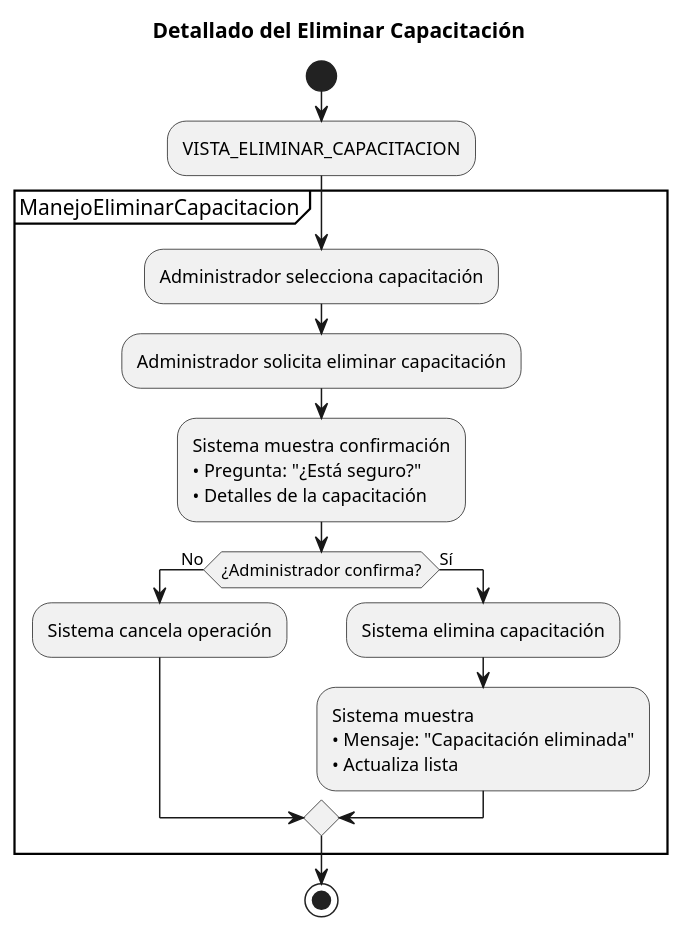
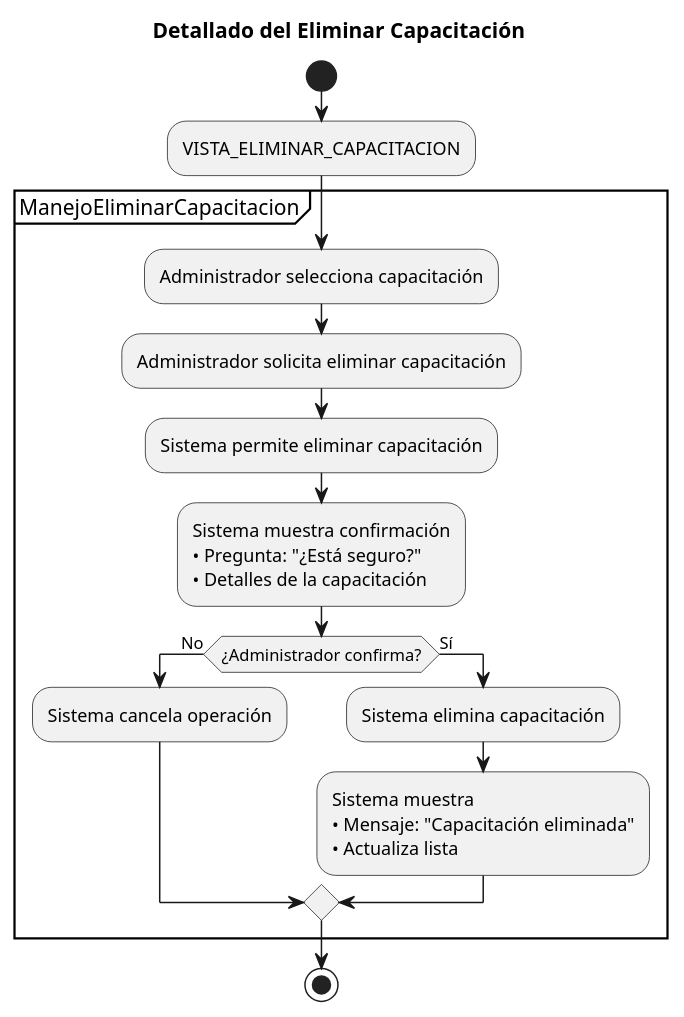
One commit to Dievex/24-25-IdSw1-SDR changed the diagram in casos_de_uso/diagramas_casos_de_uso_detallados/eliminar_capacitacion.puml. Above: the diagram before and after it, drawn with PlantUML. The commit also changed 9 other files, not shown here.

Commit message:
docs(use-case-diagrams): add system permission steps to detailed use case diagrams

```diff
--- a/casos_de_uso/diagramas_casos_de_uso_detallados/eliminar_capacitacion.puml
+++ b/casos_de_uso/diagramas_casos_de_uso_detallados/eliminar_capacitacion.puml
@@ -1,35 +1,37 @@
 @startuml
 title Detallado del Eliminar Capacitación
 
 start
 
 :VISTA_ELIMINAR_CAPACITACION;
 
 partition ManejoEliminarCapacitacion {
   
   :Administrador selecciona capacitación;
 
   :Administrador solicita eliminar capacitación;
   
+  :Sistema permite eliminar capacitación;
+
   :Sistema muestra confirmación
   • Pregunta: "¿Está seguro?"
   • Detalles de la capacitación;
     
     if (¿Administrador confirma?) then (No)
       :Sistema cancela operación;
       
     else (Sí)
       :Sistema elimina capacitación;
       
       :Sistema muestra
       • Mensaje: "Capacitación eliminada"
       • Actualiza lista;
       
     endif
     
   
   
 }
 
 stop
 @enduml
```
